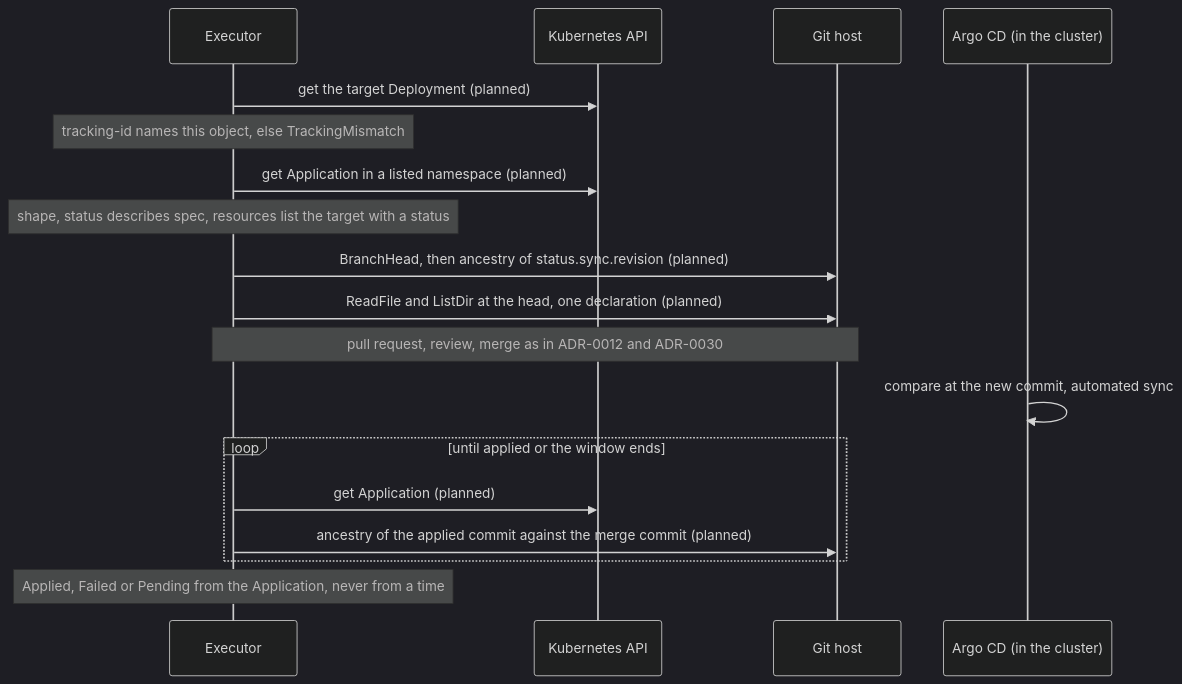
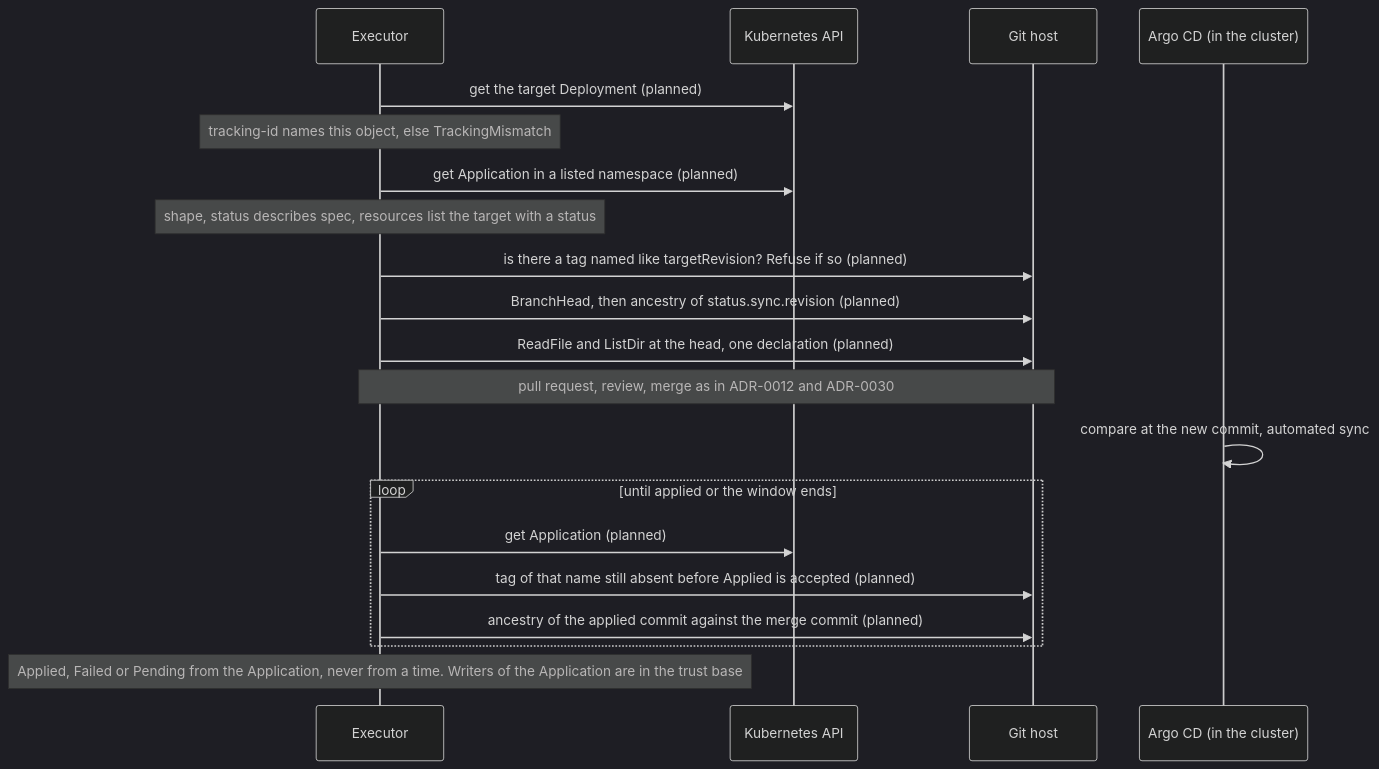
Before and after one commit to pkalin/shadewright: the diagram in docs/adr/0033-argo-cd-delivery-and-source-mapping.md, drawn with Mermaid (dark theme). The commit also changed other lines of this file and 1 other file, not shown here.

Commit message:
docs(adr): one install per delivery system, wider trust base for Applications, tag refusal in the first slice

````diff
--- a/docs/adr/0033-argo-cd-delivery-and-source-mapping.md
+++ b/docs/adr/0033-argo-cd-delivery-and-source-mapping.md
@@ -181,20 +184,22 @@
 ```mermaid
 sequenceDiagram
     participant E as Executor
     participant K as Kubernetes API
     participant G as Git host
     participant A as Argo CD (in the cluster)
     E->>K: get the target Deployment (planned)
     Note over E: tracking-id names this object, else TrackingMismatch
     E->>K: get Application in a listed namespace (planned)
     Note over E: shape, status describes spec, resources list the target with a status
+    E->>G: is there a tag named like targetRevision? Refuse if so (planned)
     E->>G: BranchHead, then ancestry of status.sync.revision (planned)
     E->>G: ReadFile and ListDir at the head, one declaration (planned)
     Note over E,G: pull request, review, merge as in ADR-0012 and ADR-0030
     A->>A: compare at the new commit, automated sync
     loop until applied or the window ends
         E->>K: get Application (planned)
+        E->>G: tag of that name still absent before Applied is accepted (planned)
         E->>G: ancestry of the applied commit against the merge commit (planned)
     end
-    Note over E: Applied, Failed or Pending from the Application, never from a time
+    Note over E: Applied, Failed or Pending from the Application, never from a time. Writers of the Application are in the trust base
 ```
````
